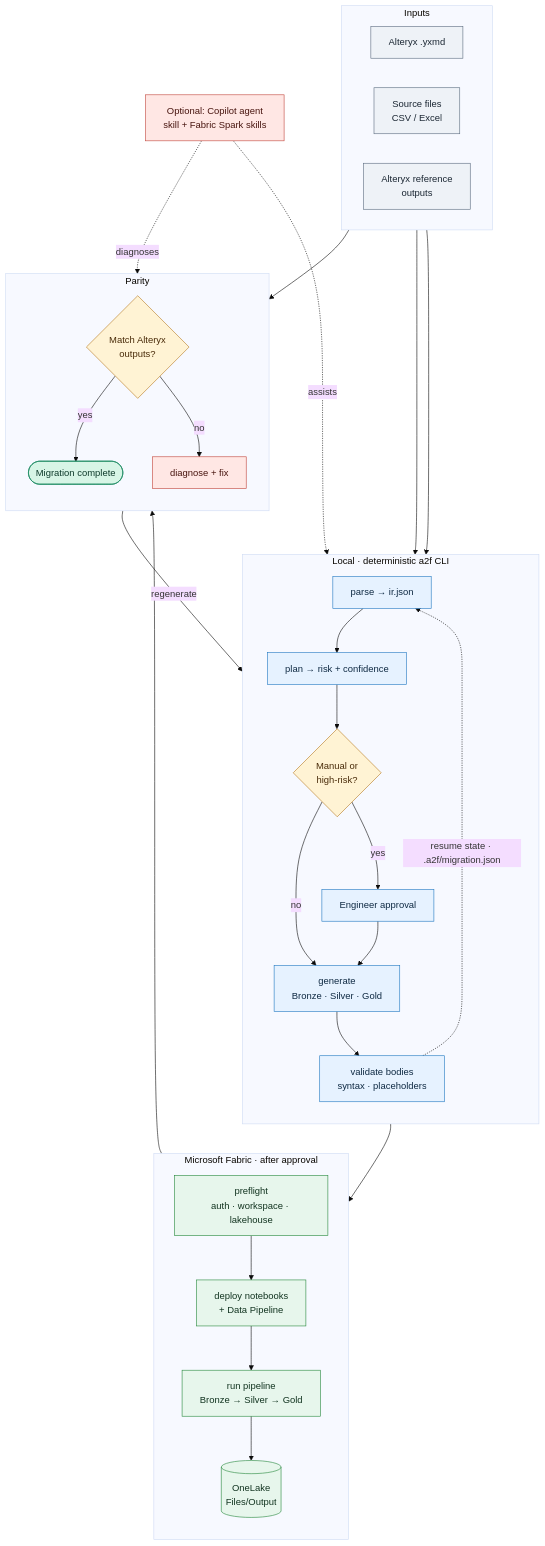
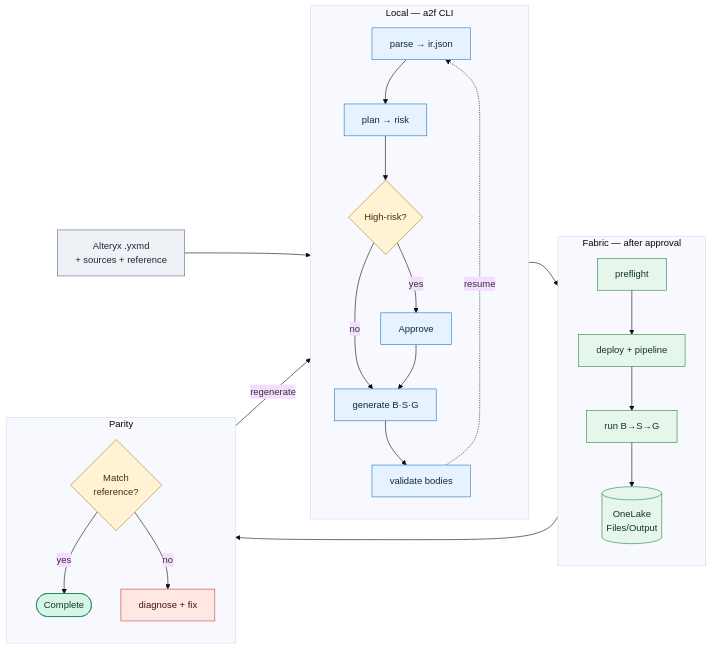
The diagram in README.md (navintkr/alteryx-fabric-migrator), drawn with Mermaid (base theme) before and after one commit.

Commit message:
README: compact horizontal workflow diagram

````diff
--- a/README.md
+++ b/README.md
@@ -13,63 +13,56 @@
 ```mermaid
-flowchart TD
-    subgraph IN["Inputs"]
-        direction LR
-        YXMD["Alteryx .yxmd"]
-        DATA["Source files<br/>CSV / Excel"]
-        REF["Alteryx reference<br/>outputs"]
+flowchart LR
+    START["Alteryx .yxmd<br/>+ sources + reference"]
+
+    subgraph LOCAL["Local — a2f CLI"]
+        direction TB
+        PARSE["parse → ir.json"]
+        PLAN["plan → risk"]
+        GATE{"High-risk?"}
+        APPROVE["Approve"]
+        GEN["generate B·S·G"]
+        VALID["validate bodies"]
+        PARSE --> PLAN --> GATE
+        GATE -->|no| GEN
+        GATE -->|yes| APPROVE --> GEN
+        GEN --> VALID
     end
 
-    subgraph LOCAL["Local · deterministic a2f CLI"]
+    subgraph FAB["Fabric — after approval"]
         direction TB
-        PARSE["parse → ir.json"]
-        PLAN["plan → risk + confidence"]
-        GATE{"Manual or<br/>high-risk?"}
-        APPROVE["Engineer approval"]
-        GEN["generate<br/>Bronze · Silver · Gold"]
-        VALID["validate bodies<br/>syntax · placeholders"]
-    end
-
-    subgraph FAB["Microsoft Fabric · after approval"]
-        direction TB
-        PRE["preflight<br/>auth · workspace · lakehouse"]
-        DEPLOY["deploy notebooks<br/>+ Data Pipeline"]
-        RUN["run pipeline<br/>Bronze → Silver → Gold"]
+        PRE["preflight"]
+        DEPLOY["deploy + pipeline"]
+        RUN["run B→S→G"]
         OUT[("OneLake<br/>Files/Output")]
+        PRE --> DEPLOY --> RUN --> OUT
     end
 
     subgraph CHECK["Parity"]
         direction TB
-        CMP{"Match Alteryx<br/>outputs?"}
-        DONE(["Migration complete"])
+        CMP{"Match<br/>reference?"}
+        DONE(["Complete"])
         FIX["diagnose + fix"]
+        CMP -->|yes| DONE
+        CMP -->|no| FIX
     end
 
-    COPILOT["Optional: Copilot agent<br/>skill + Fabric Spark skills"]
+    START --> PARSE
+    VALID --> PRE
+    OUT --> CMP
+    FIX -->|regenerate| GEN
+    VALID -. resume .-> PARSE
 
-    YXMD --> PARSE --> PLAN --> GATE
-    GATE -->|no| GEN
-    GATE -->|yes| APPROVE --> GEN
-    DATA --> GEN --> VALID --> PRE
-    PRE --> DEPLOY --> RUN --> OUT --> CMP
-    REF --> CMP
-    CMP -->|yes| DONE
-    CMP -->|no| FIX -->|regenerate| GEN
-
-    COPILOT -. assists .-> GEN
-    COPILOT -. diagnoses .-> FIX
-    VALID -. "resume state · .a2f/migration.json" .-> PARSE
-
-    classDef in fill:#eef2f7,stroke:#5b6b7f,color:#1b2733;
+    classDef start fill:#eef2f7,stroke:#5b6b7f,color:#1b2733;
     classDef local fill:#e6f2ff,stroke:#1f77c0,color:#0f2a43;
     classDef fabric fill:#e7f6ec,stroke:#25873a,color:#123420;
     classDef gate fill:#fff3d4,stroke:#b7791f,color:#4a2c0a;
     classDef done fill:#d7f5e6,stroke:#12855a,color:#0e3a2b;
     classDef repair fill:#ffe7e4,stroke:#c0443a,color:#48150f;
 
-    class YXMD,DATA,REF in;
+    class START start;
     class PARSE,PLAN,GEN,VALID,APPROVE local;
     class PRE,DEPLOY,RUN,OUT fabric;
     class GATE,CMP gate;
     class DONE done;
-    class FIX,COPILOT repair;
+    class FIX repair;
 ```
````
